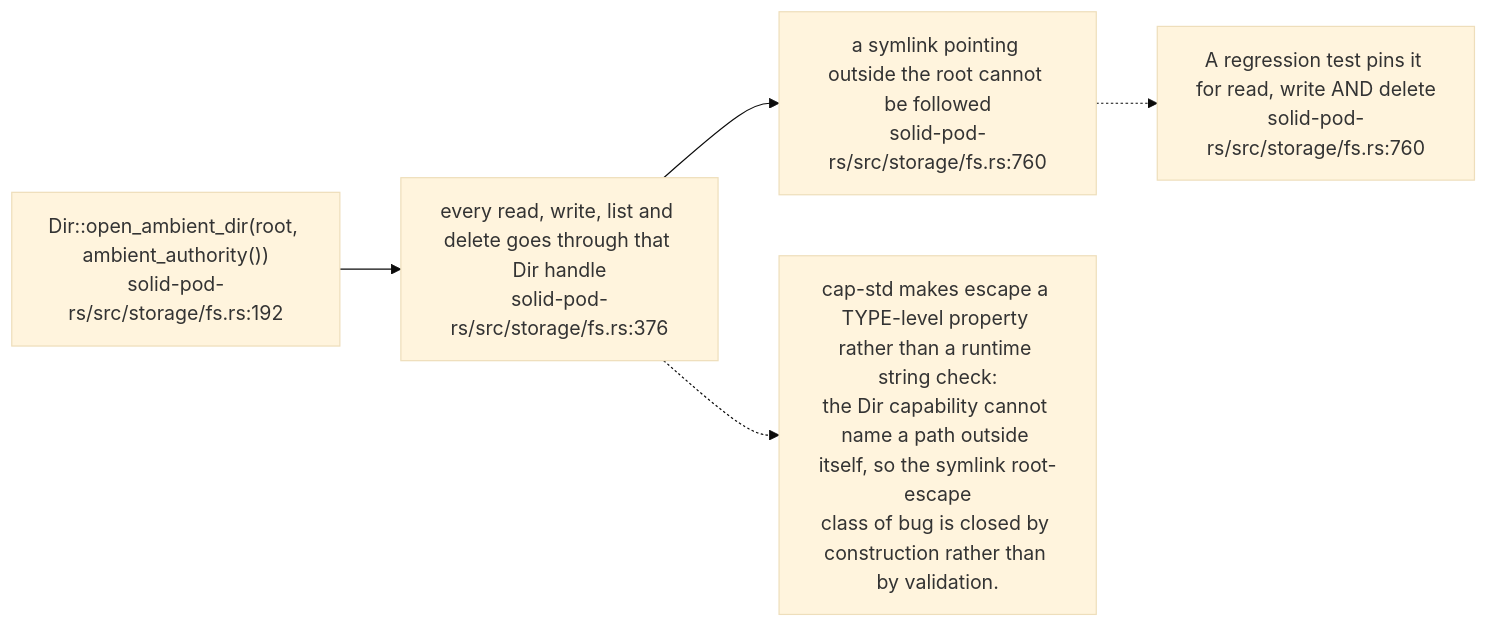
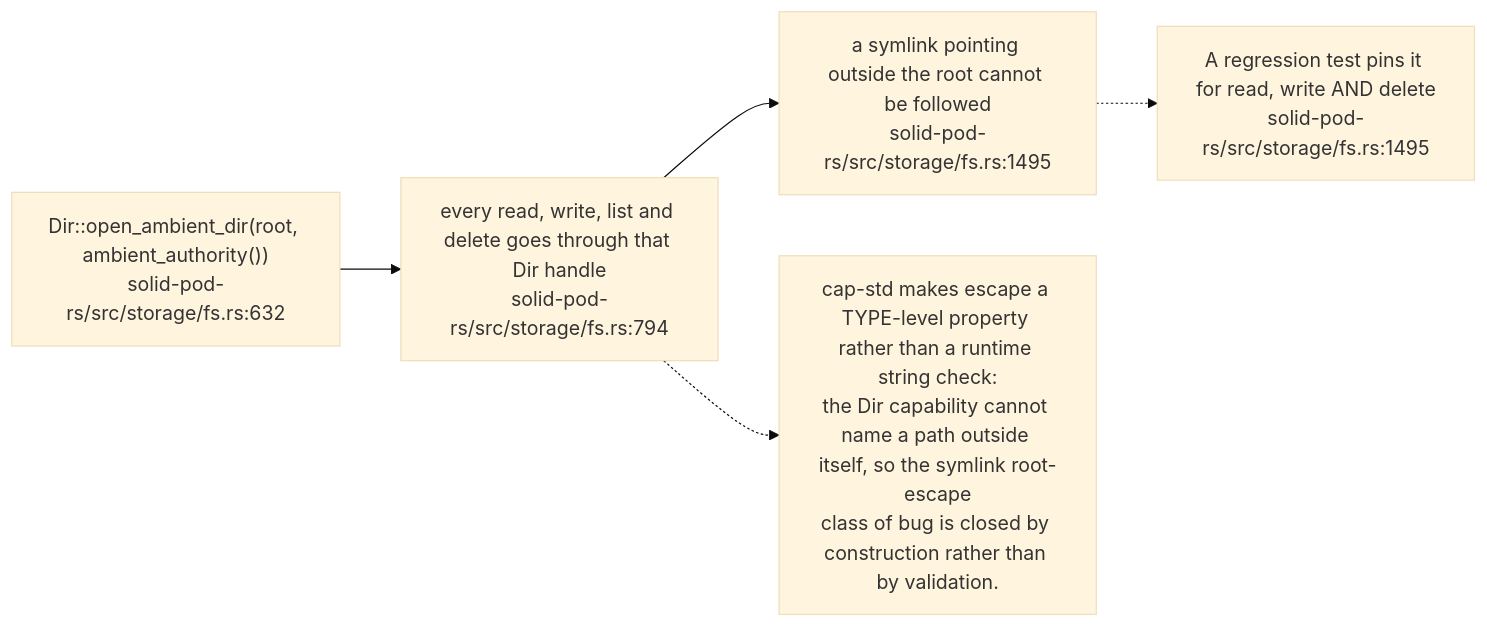
The third of 13 diagrams in docs/diagrams/solid-pod-rs/06-storage-quota-and-git-pods.md (DreamLab-AI/VisionFlow), drawn with Mermaid (base theme) before and after one commit. The commit also changed other lines of this file and 3 other files, not shown here.

First line of the commit message:
docs(diagrams): solid-pod-rs pass B at solid-pod-rs b91de60 (#19, #20, #21)

````diff
--- a/docs/diagrams/solid-pod-rs/06-storage-quota-and-git-pods.md
+++ b/docs/diagrams/solid-pod-rs/06-storage-quota-and-git-pods.md
@@ -106,13 +107,13 @@
 ```mermaid
 flowchart LR
-    OPEN["Dir::open_ambient_dir(root, ambient_authority())<br/>solid-pod-rs/src/storage/fs.rs:192"]
-    CAP["every read, write, list and delete goes through that Dir handle<br/>solid-pod-rs/src/storage/fs.rs:376"]
-    SYM["a symlink pointing outside the root cannot be followed<br/>solid-pod-rs/src/storage/fs.rs:760"]
+    OPEN["Dir::open_ambient_dir(root, ambient_authority())<br/>solid-pod-rs/src/storage/fs.rs:632"]
+    CAP["every read, write, list and delete goes through that Dir handle<br/>solid-pod-rs/src/storage/fs.rs:794"]
+    SYM["a symlink pointing outside the root cannot be followed<br/>solid-pod-rs/src/storage/fs.rs:1495"]
 
     OPEN --> CAP --> SYM
 
     N["cap-std makes escape a TYPE-level property rather than a runtime string check:<br/>the Dir capability cannot name a path outside itself, so the symlink root-escape<br/>class of bug is closed by construction rather than by validation."]
     CAP -.-> N
-    N2["A regression test pins it for read, write AND delete<br/>solid-pod-rs/src/storage/fs.rs:760"]
+    N2["A regression test pins it for read, write AND delete<br/>solid-pod-rs/src/storage/fs.rs:1495"]
     SYM -.-> N2
 ```
````
